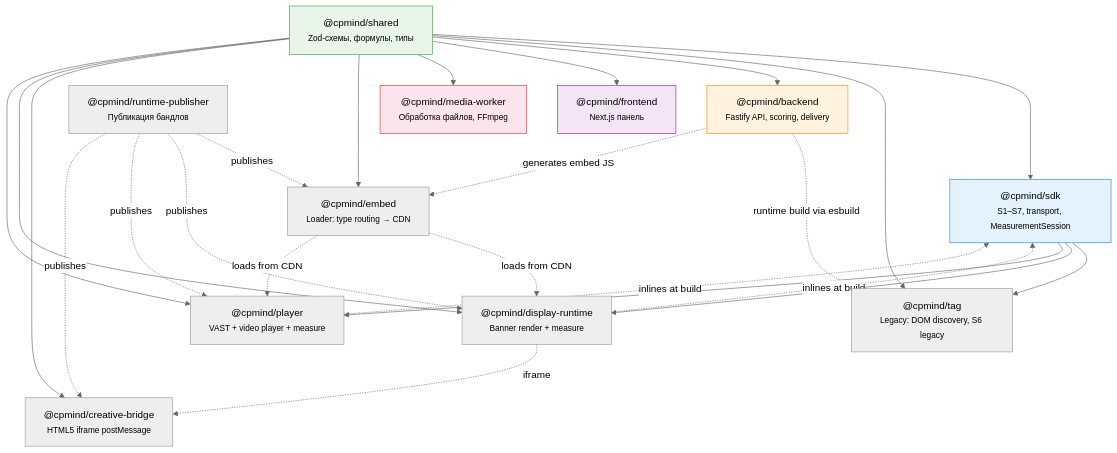
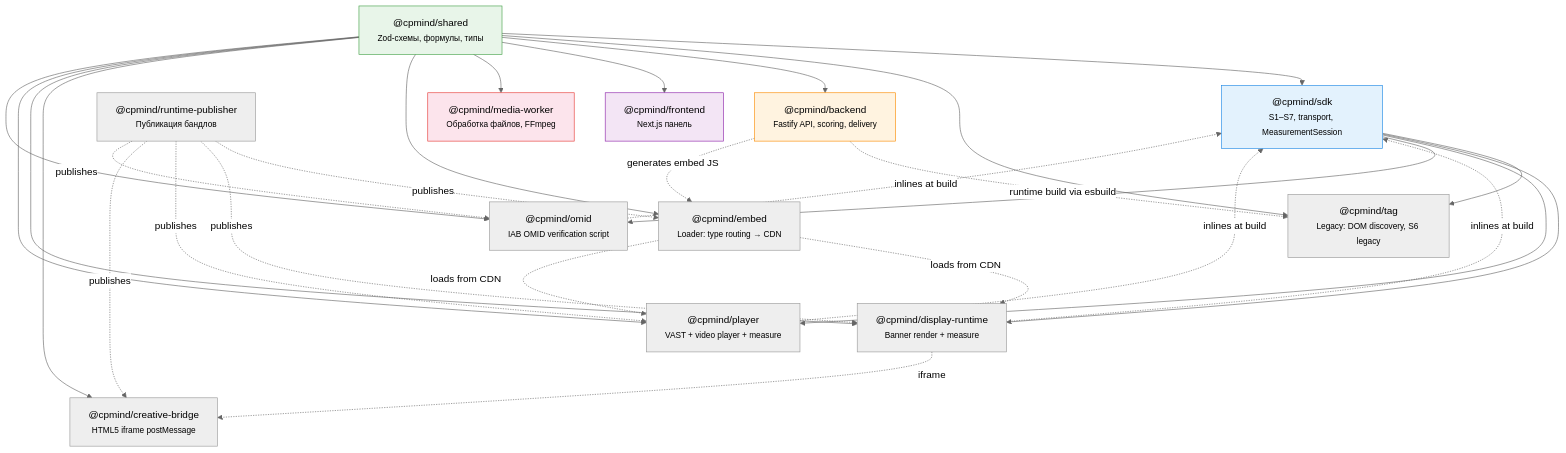
One commit to StepanCyberPsy/CPMind-core changed the first of 13 diagrams in docs/ARCHITECTURE.md. Above: the diagram before and after it, drawn with Mermaid (neutral theme). The commit also changed other lines of this file and 14 other files, not shown here.

First line of the commit message:
[2026-10-28] - docs: VAST delivery with OMID verification — documentation and session snapshot

````diff
--- a/docs/ARCHITECTURE.md
+++ b/docs/ARCHITECTURE.md
@@ -52,47 +54,52 @@
 ```mermaid
 graph TD
     shared["@cpmind/shared<br/><small>Zod-схемы, формулы, типы</small>"]
     sdk["@cpmind/sdk<br/><small>S1–S7, transport, MeasurementSession</small>"]
     tag["@cpmind/tag<br/><small>Legacy: DOM discovery, S6 legacy</small>"]
     display["@cpmind/display-runtime<br/><small>Banner render + measure</small>"]
     player["@cpmind/player<br/><small>VAST + video player + measure</small>"]
     embed["@cpmind/embed<br/><small>Loader: type routing → CDN</small>"]
     bridge["@cpmind/creative-bridge<br/><small>HTML5 iframe postMessage</small>"]
+    omid["@cpmind/omid<br/><small>IAB OMID verification script</small>"]
     backend["@cpmind/backend<br/><small>Fastify API, scoring, delivery</small>"]
     frontend["@cpmind/frontend<br/><small>Next.js панель</small>"]
     worker["@cpmind/media-worker<br/><small>Обработка файлов, FFmpeg</small>"]
     publisher["@cpmind/runtime-publisher<br/><small>Публикация бандлов</small>"]
 
     shared --> sdk
     shared --> tag
     shared --> backend
     shared --> frontend
     shared --> worker
     shared --> embed
     shared --> bridge
     shared --> display
     shared --> player
+    shared --> omid
 
     sdk --> tag
     sdk --> display
     sdk --> player
+    sdk --> omid
 
     display -.->|"inlines at build"| sdk
     player -.->|"inlines at build"| sdk
     embed -.->|"loads from CDN"| display
     embed -.->|"loads from CDN"| player
     display -.->|"iframe"| bridge
+    omid -.->|"inlines at build"| sdk
 
     backend -.->|"runtime build via esbuild"| tag
     backend -.->|"generates embed JS"| embed
     publisher -.->|"publishes"| embed
     publisher -.->|"publishes"| display
     publisher -.->|"publishes"| player
     publisher -.->|"publishes"| bridge
+    publisher -.->|"publishes"| omid
 
     style shared fill:#e8f5e9,stroke:#43a047
     style sdk fill:#e3f2fd,stroke:#1e88e5
     style backend fill:#fff3e0,stroke:#fb8c00
     style worker fill:#fce4ec,stroke:#e53935
     style frontend fill:#f3e5f5,stroke:#8e24aa
 ```
````
